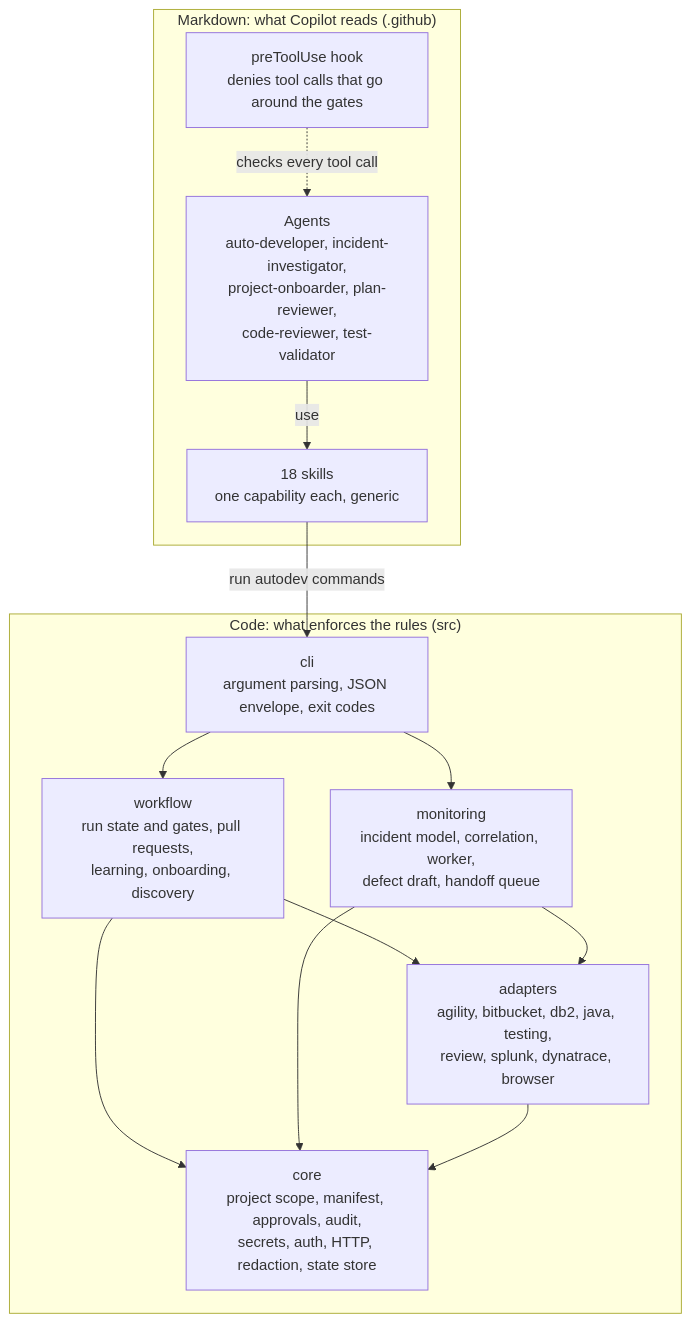
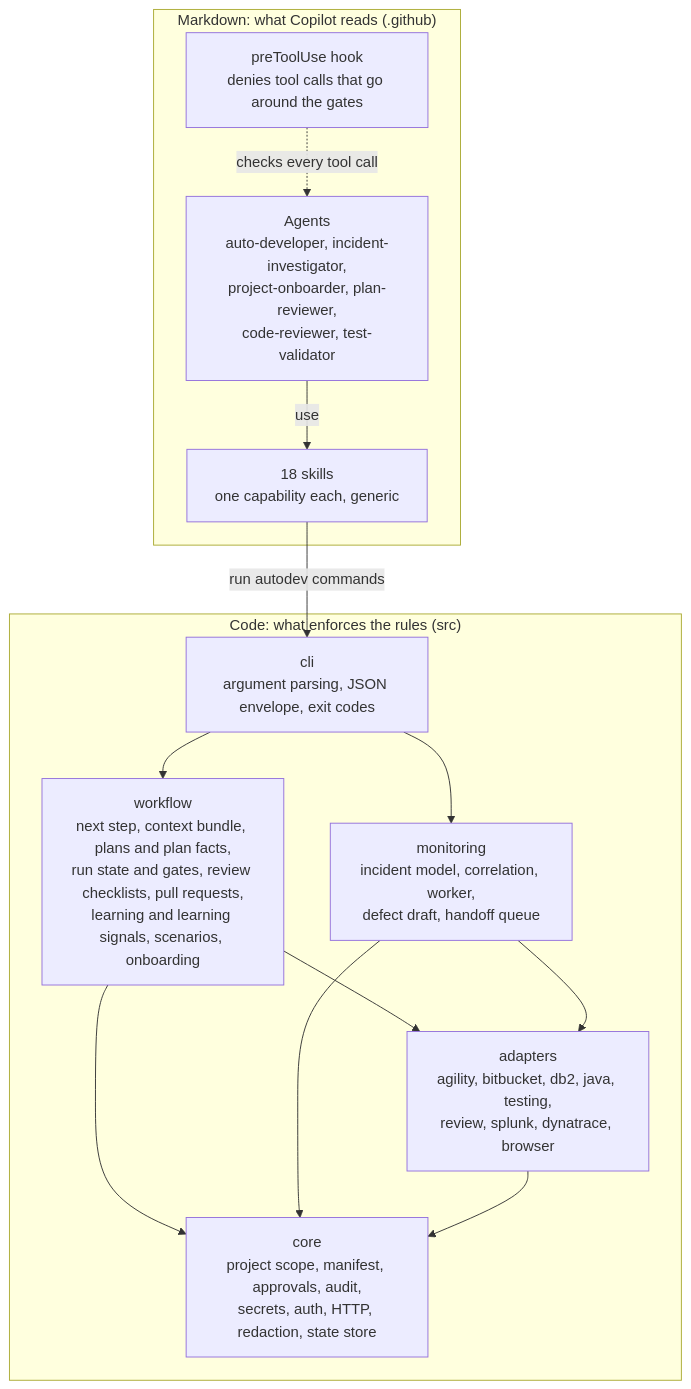
The second of 16 diagrams in docs/diagrams.md (balapininti/Copilot-CLI-Auto-Developer), drawn with Mermaid before and after one commit. The commit also changed other lines of this file and 1 other file, not shown here.

First line of the commit message:
Update the architecture page and diagrams

````diff
--- a/docs/diagrams.md
+++ b/docs/diagrams.md
@@ -65,27 +67,27 @@
 ```mermaid
 flowchart TB
     subgraph md["Markdown: what Copilot reads (.github)"]
         agents["Agents<br/>auto-developer, incident-investigator,<br/>project-onboarder, plan-reviewer,<br/>code-reviewer, test-validator"]
         skills["18 skills<br/>one capability each, generic"]
         hook["preToolUse hook<br/>denies tool calls that go around the gates"]
     end
 
     subgraph code["Code: what enforces the rules (src)"]
         clilayer["cli<br/>argument parsing, JSON envelope, exit codes"]
-        workflow["workflow<br/>run state and gates, pull requests,<br/>learning, onboarding, discovery"]
+        workflow["workflow<br/>next step, context bundle, plans and plan facts,<br/>run state and gates, review checklists, pull requests,<br/>learning and learning signals, scenarios, onboarding"]
         monitoring["monitoring<br/>incident model, correlation, worker,<br/>defect draft, handoff queue"]
         adapters["adapters<br/>agility, bitbucket, db2, java, testing,<br/>review, splunk, dynatrace, browser"]
         core["core<br/>project scope, manifest, approvals, audit,<br/>secrets, auth, HTTP, redaction, state store"]
     end
 
     agents -- "use" --> skills
     skills -- "run autodev commands" --> clilayer
     hook -. "checks every tool call" .-> agents
     clilayer --> workflow
     clilayer --> monitoring
     workflow --> adapters
     monitoring --> adapters
     workflow --> core
     monitoring --> core
     adapters --> core
 ```
````
